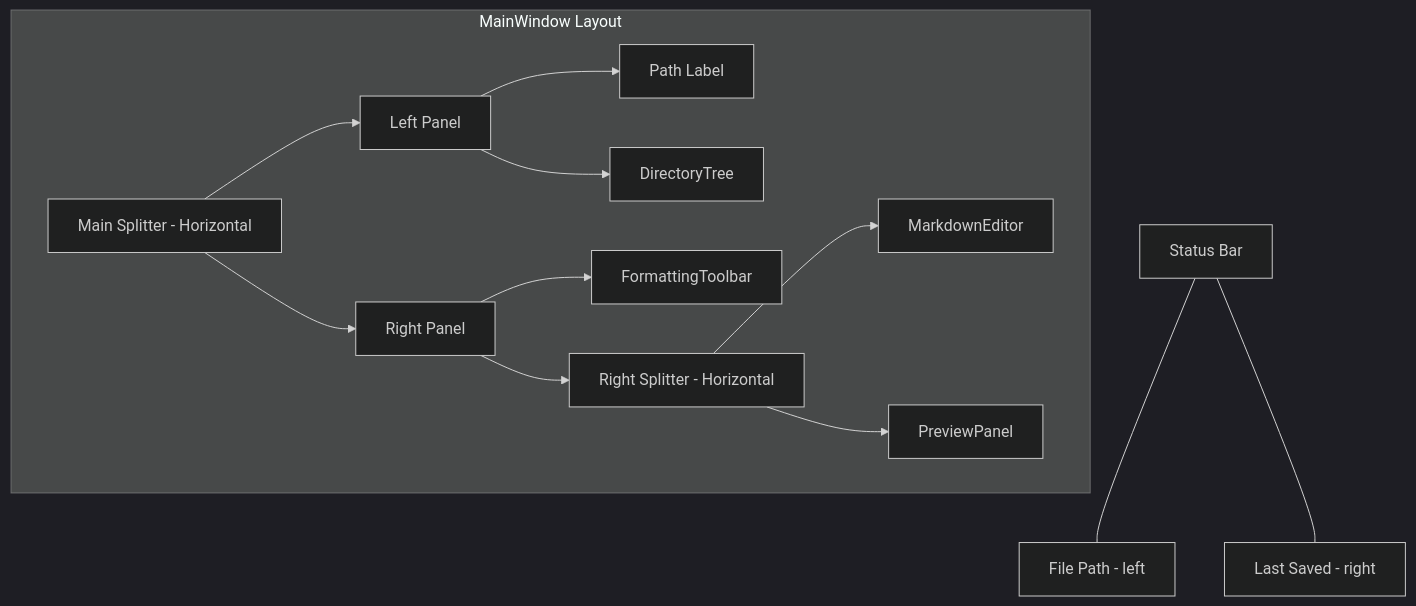
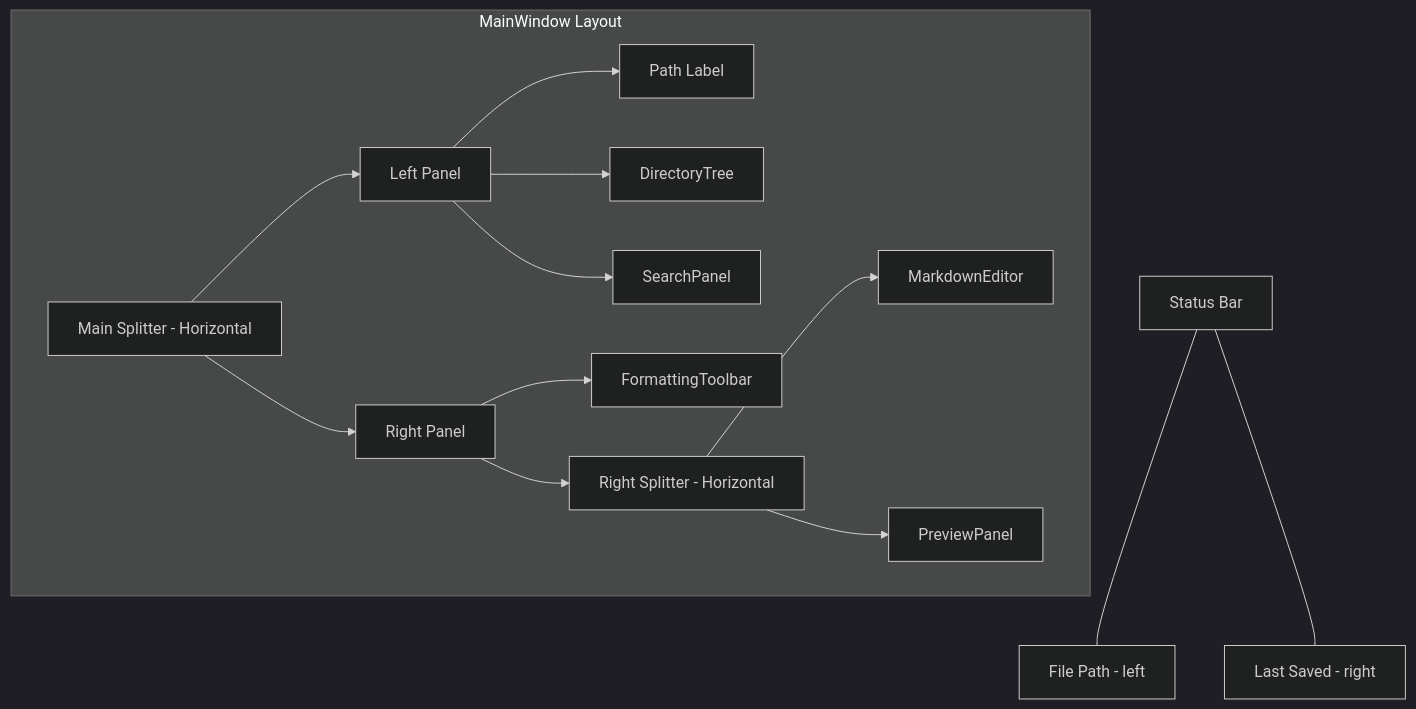
One commit to nguyenl/drnotes changed the fourth of 7 diagrams in ARCHITECTURE.md. Above: the diagram before and after it, drawn with Mermaid (dark theme). The commit also changed other lines of this file and 6 other files, not shown here.

````diff
--- a/ARCHITECTURE.md
+++ b/ARCHITECTURE.md
@@ -133,19 +140,20 @@
 ```mermaid
 graph TD
     subgraph MainWindow Layout
         MS[Main Splitter - Horizontal]
         MS --> LP[Left Panel]
         MS --> RP[Right Panel]
 
         LP --> PL[Path Label]
         LP --> DT[DirectoryTree]
+        LP --> SP[SearchPanel]
 
         RP --> TB[FormattingToolbar]
         RP --> RS[Right Splitter - Horizontal]
         RS --> ED[MarkdownEditor]
         RS --> PP[PreviewPanel]
     end
 
     SB[Status Bar] --- FP[File Path - left]
     SB --- LS[Last Saved - right]
 ```
````
